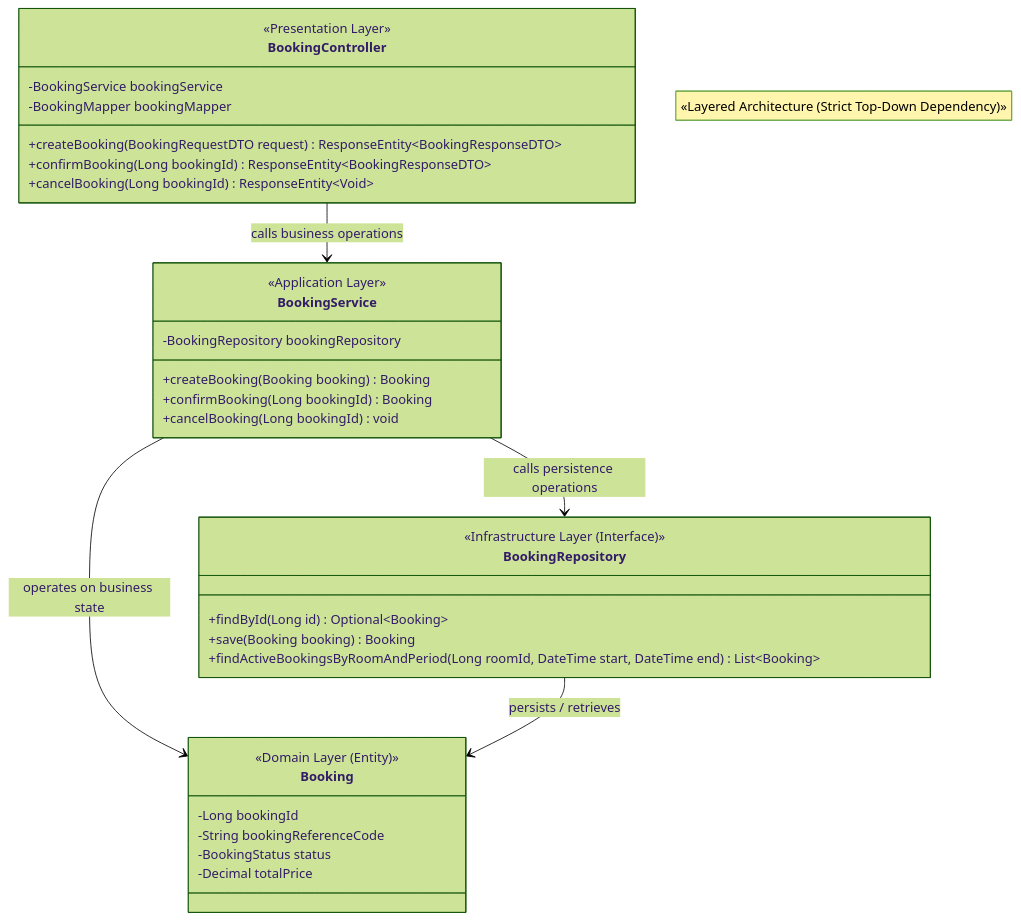
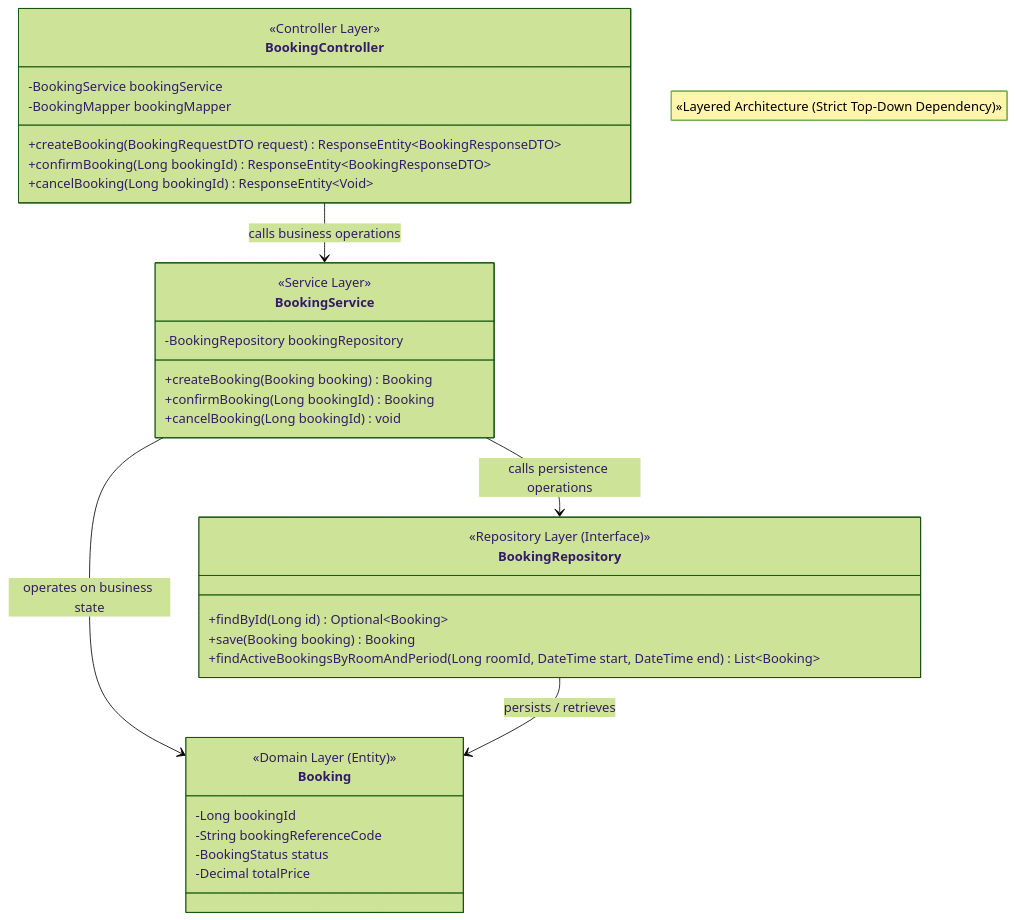
The first of 9 diagrams in doc/design-patterns.md (viphu-cs/FIWDEE-CP353002-69_1PrinciplesOfSoftwareDesign), drawn with Mermaid (forest theme) before and after one commit. The commit also changed other lines of this file and 61 other files, not shown here.

````diff
--- a/doc/design-patterns.md
+++ b/doc/design-patterns.md
@@ -50,42 +50,42 @@
 ```mermaid
 classDiagram
     note "«Layered Architecture (Strict Top-Down Dependency)»"
     direction TB
 
     class BookingController {
-        <<Presentation Layer>>
+        <<Controller Layer>>
         -BookingService bookingService
         -BookingMapper bookingMapper
         +createBooking(BookingRequestDTO request) ResponseEntity~BookingResponseDTO~
         +confirmBooking(Long bookingId) ResponseEntity~BookingResponseDTO~
         +cancelBooking(Long bookingId) ResponseEntity~Void~
     }
 
     class BookingService {
-        <<Application Layer>>
+        <<Service Layer>>
         -BookingRepository bookingRepository
         +createBooking(Booking booking) Booking
         +confirmBooking(Long bookingId) Booking
         +cancelBooking(Long bookingId) void
     }
 
     class BookingRepository {
-        <<Infrastructure Layer (Interface)>>
+        <<Repository Layer (Interface)>>
         +findById(Long id) Optional~Booking~
         +save(Booking booking) Booking
         +findActiveBookingsByRoomAndPeriod(Long roomId, DateTime start, DateTime end) List~Booking~
     }
 
     class Booking {
         <<Domain Layer (Entity)>>
         -Long bookingId
         -String bookingReferenceCode
         -BookingStatus status
         -Decimal totalPrice
     }
 
     BookingController --> BookingService : calls business operations
     BookingService --> BookingRepository : calls persistence operations
     BookingService --> Booking : operates on business state
     BookingRepository --> Booking : persists / retrieves
 ```
````
